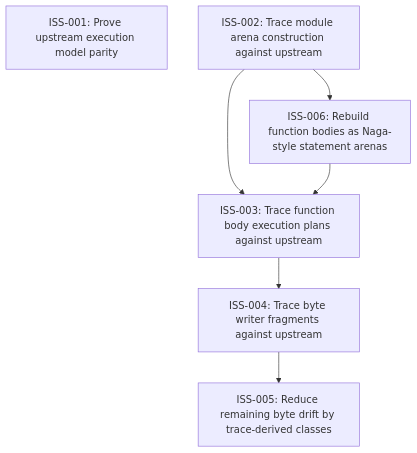
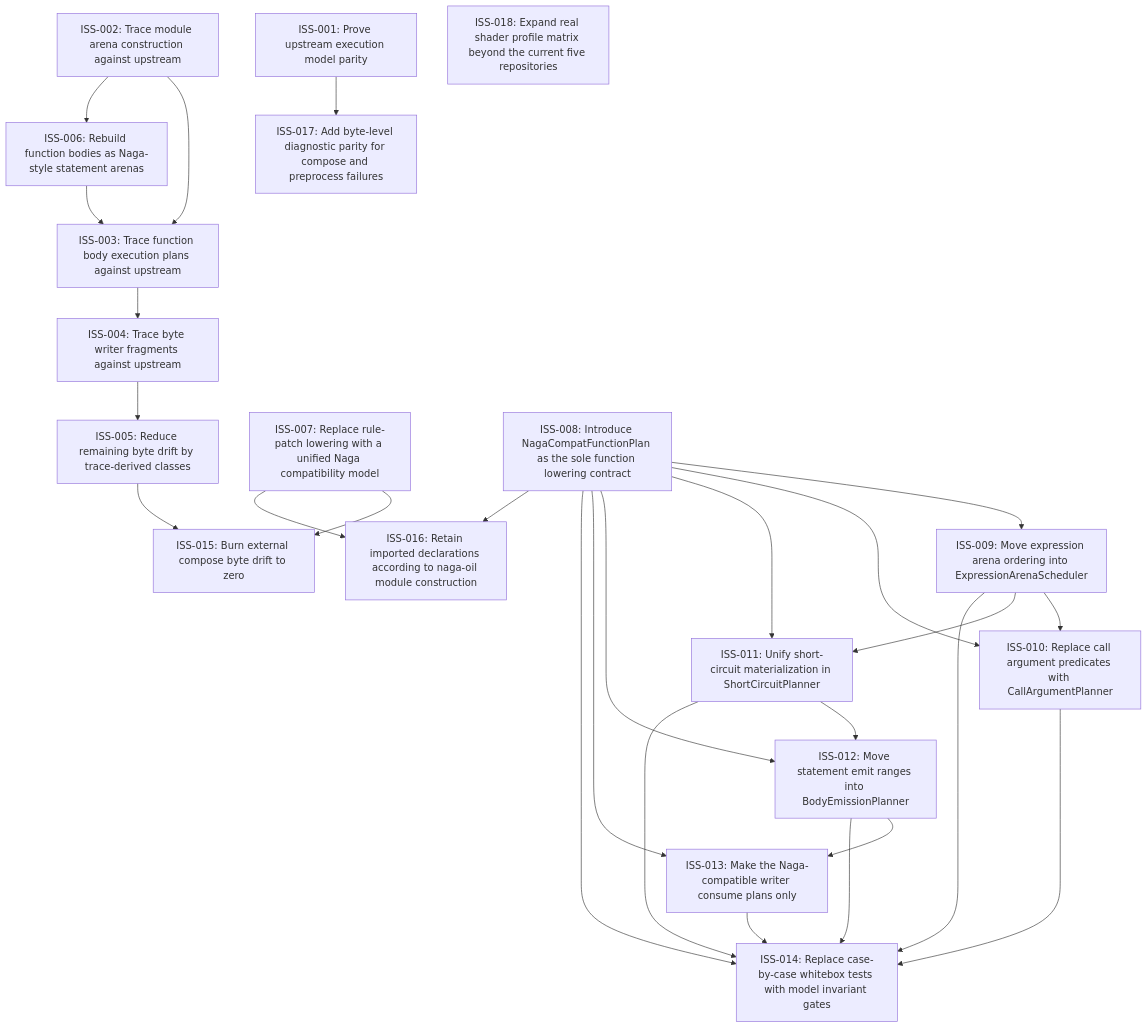
One commit to moonbit-community/moon_wgsl changed the diagram in issues/README.md. Above: the diagram before and after it, drawn with Mermaid. The commit also changed other lines of this file and 14 other files, not shown here.

````diff
--- a/issues/README.md
+++ b/issues/README.md
@@ -20,14 +35,46 @@
 ```mermaid
 graph TD
   ISS_001["ISS-001: Prove upstream execution model parity"]
   ISS_002["ISS-002: Trace module arena construction against upstream"]
   ISS_003["ISS-003: Trace function body execution plans against upstream"]
   ISS_004["ISS-004: Trace byte writer fragments against upstream"]
   ISS_005["ISS-005: Reduce remaining byte drift by trace-derived classes"]
   ISS_006["ISS-006: Rebuild function bodies as Naga-style statement arenas"]
+  ISS_007["ISS-007: Replace rule-patch lowering with a unified Naga compatibility model"]
+  ISS_008["ISS-008: Introduce NagaCompatFunctionPlan as the sole function lowering contract"]
+  ISS_009["ISS-009: Move expression arena ordering into ExpressionArenaScheduler"]
+  ISS_010["ISS-010: Replace call argument predicates with CallArgumentPlanner"]
+  ISS_011["ISS-011: Unify short-circuit materialization in ShortCircuitPlanner"]
+  ISS_012["ISS-012: Move statement emit ranges into BodyEmissionPlanner"]
+  ISS_013["ISS-013: Make the Naga-compatible writer consume plans only"]
+  ISS_014["ISS-014: Replace case-by-case whitebox tests with model invariant gates"]
+  ISS_015["ISS-015: Burn external compose byte drift to zero"]
+  ISS_016["ISS-016: Retain imported declarations according to naga-oil module construction"]
+  ISS_017["ISS-017: Add byte-level diagnostic parity for compose and preprocess failures"]
+  ISS_018["ISS-018: Expand real shader profile matrix beyond the current five repositories"]
   ISS_002 --> ISS_003
   ISS_006 --> ISS_003
   ISS_003 --> ISS_004
   ISS_004 --> ISS_005
   ISS_002 --> ISS_006
+  ISS_008 --> ISS_009
+  ISS_008 --> ISS_010
+  ISS_009 --> ISS_010
+  ISS_008 --> ISS_011
+  ISS_009 --> ISS_011
+  ISS_008 --> ISS_012
+  ISS_011 --> ISS_012
+  ISS_008 --> ISS_013
+  ISS_012 --> ISS_013
+  ISS_008 --> ISS_014
+  ISS_009 --> ISS_014
+  ISS_010 --> ISS_014
+  ISS_011 --> ISS_014
+  ISS_012 --> ISS_014
+  ISS_013 --> ISS_014
+  ISS_005 --> ISS_015
+  ISS_007 --> ISS_015
+  ISS_007 --> ISS_016
+  ISS_008 --> ISS_016
+  ISS_001 --> ISS_017
 ```
````
